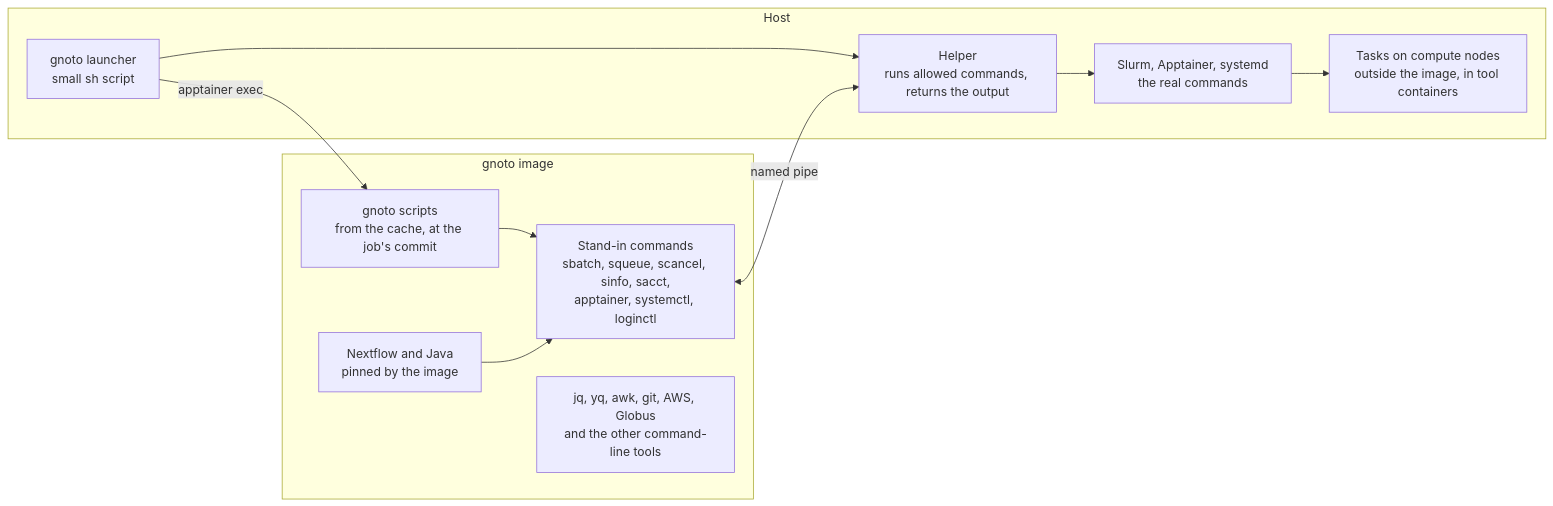
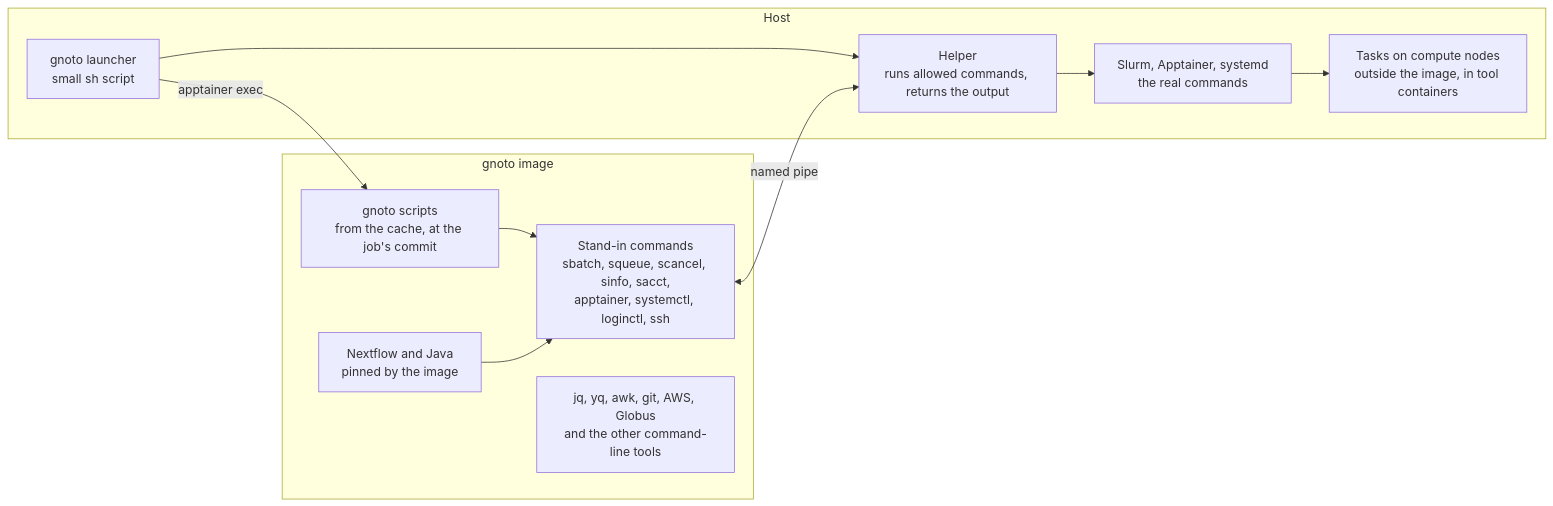
The second of 2 diagrams in docs/design.md (cmmr/gnoto), drawn with Mermaid before and after one commit. The commit also changed other lines of this file and 19 other files, not shown here.

````diff
--- a/docs/design.md
+++ b/docs/design.md
@@ -119,15 +119,15 @@
 ```mermaid
 flowchart LR
     subgraph host["Host"]
         launcher["gnoto launcher<br/>small sh script"] --> helper["Helper<br/>runs allowed commands, returns the output"]
         helper --> real["Slurm, Apptainer, systemd<br/>the real commands"]
         real --> tasks["Tasks on compute nodes<br/>outside the image, in tool containers"]
     end
     subgraph image["gnoto image"]
-        scripts["gnoto scripts<br/>from the cache, at the job's commit"] --> standins["Stand-in commands<br/>sbatch, squeue, scancel, sinfo, sacct,<br/>apptainer, systemctl, loginctl"]
+        scripts["gnoto scripts<br/>from the cache, at the job's commit"] --> standins["Stand-in commands<br/>sbatch, squeue, scancel, sinfo, sacct,<br/>apptainer, systemctl, loginctl, ssh"]
         nextflow["Nextflow and Java<br/>pinned by the image"] --> standins
         tools["jq, yq, awk, git, AWS, Globus<br/>and the other command-line tools"]
     end
     launcher -- "apptainer exec" --> scripts
     standins <-- "named pipe" --> helper
 ```
````
